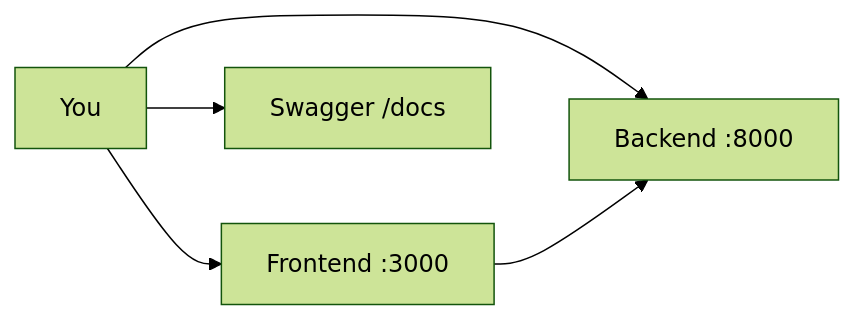
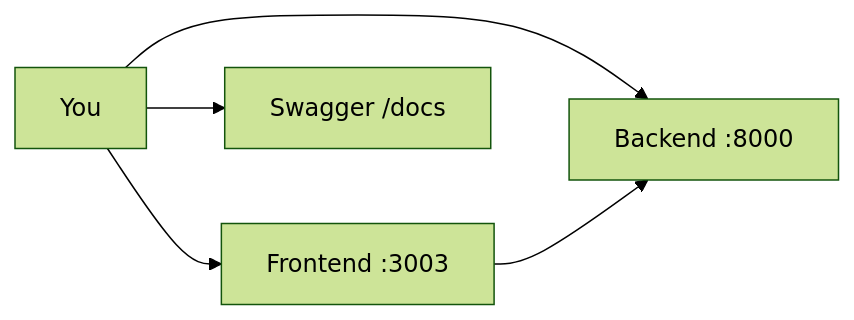
The second of 2 diagrams in wiki-content/Getting-Started.md (massoudsh/Findash), drawn with Mermaid (forest theme) before and after one commit. The commit also changed other lines of this file and 13 other files, not shown here.

````diff
--- a/wiki-content/Getting-Started.md
+++ b/wiki-content/Getting-Started.md
@@ -125,7 +129,7 @@
 ```mermaid
 flowchart LR
-    YOU[You] --> FE[Frontend :3000]
+    YOU[You] --> FE[Frontend :3003]
     YOU --> API[Backend :8000]
     YOU --> DOCS[Swagger /docs]
     FE --> API
 ```
````
